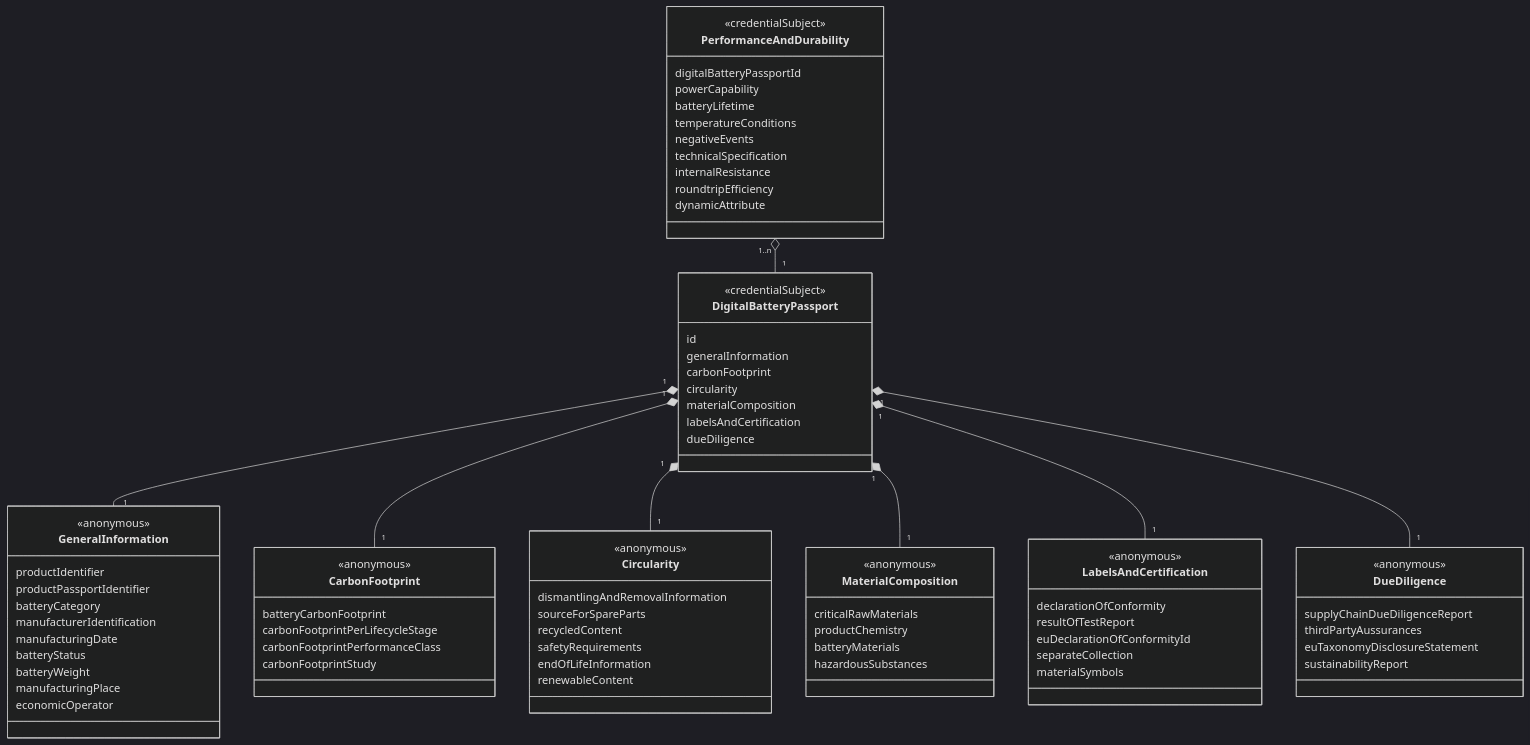
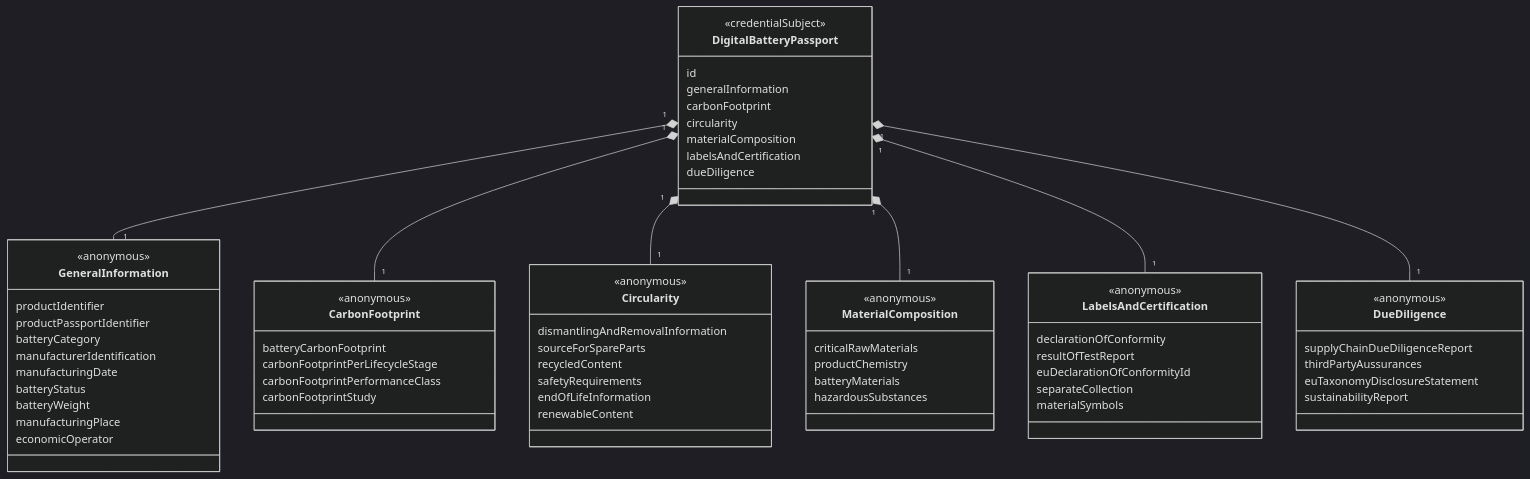
One commit to spherity/dpp-vocabulary changed the second of 9 diagrams in docs/contexts/dbp/vocabulary.md. Above: the diagram before and after it, drawn with Mermaid (dark theme). The commit also changed other lines of this file and 1 other file, not shown here.

Commit message:
feat: PerformanceAndDurability

````diff
--- a/docs/contexts/dbp/vocabulary.md
+++ b/docs/contexts/dbp/vocabulary.md
@@ -280,18 +312,6 @@
         batteryMaterials
         hazardousSubstances
     }
-    class PerformanceAndDurability{
-        <<credentialSubject>>
-        digitalBatteryPassportId
-        powerCapability
-        batteryLifetime
-        temperatureConditions
-        negativeEvents
-        technicalSpecification
-        internalResistance
-        roundtripEfficiency
-        dynamicAttribute
-    }
     class LabelsAndCertification{
         <<anonymous>>
         declarationOfConformity
@@ -312,7 +332,6 @@
     DigitalBatteryPassport "1" *-- "1" CarbonFootprint
     DigitalBatteryPassport "1" *-- "1" Circularity
     DigitalBatteryPassport "1" *-- "1" MaterialComposition
-    PerformanceAndDurability "1..n" o-- "1" DigitalBatteryPassport
     DigitalBatteryPassport "1" *-- "1" LabelsAndCertification
     DigitalBatteryPassport "1" *-- "1" DueDiligence
 ```
````
